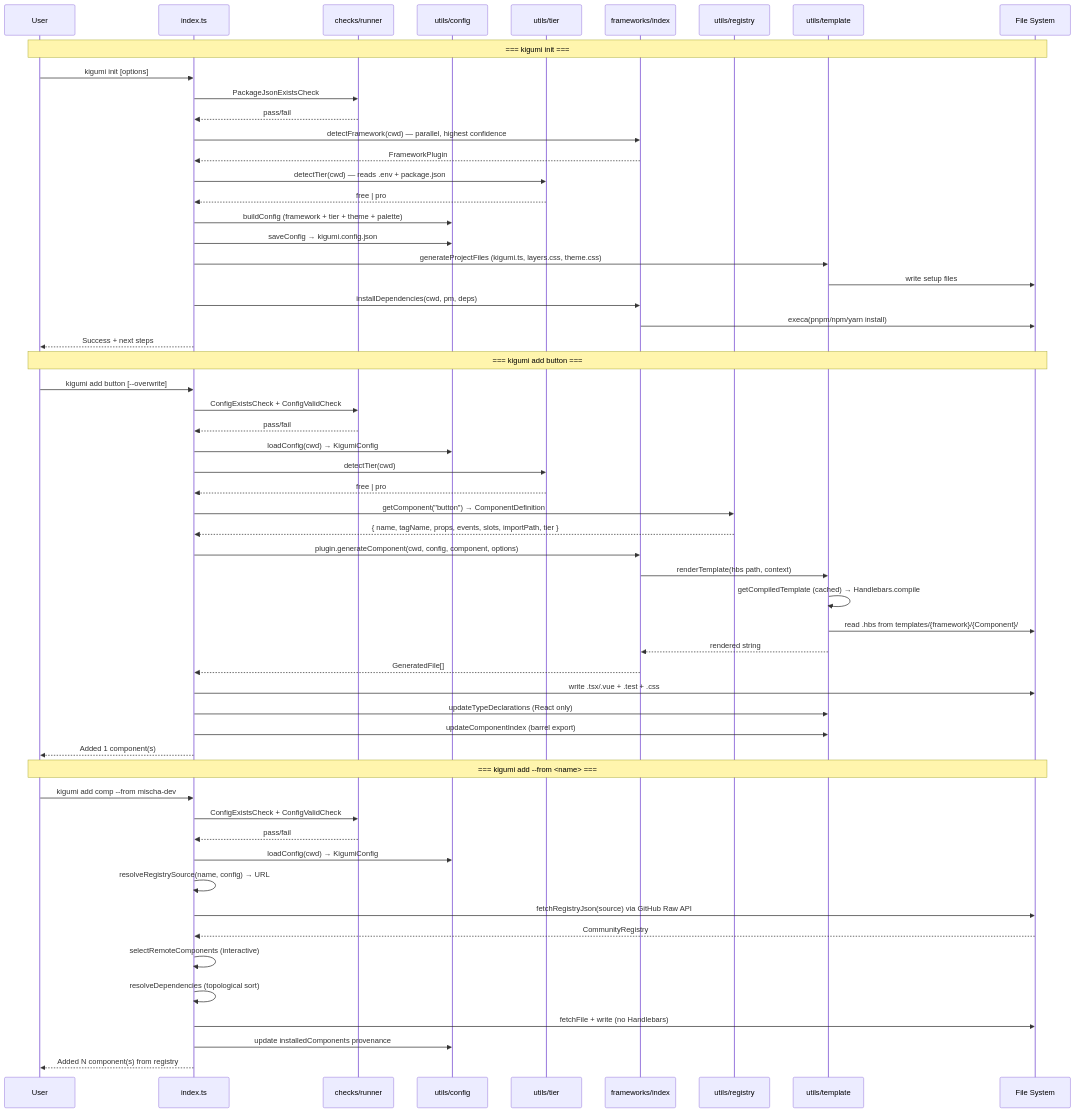
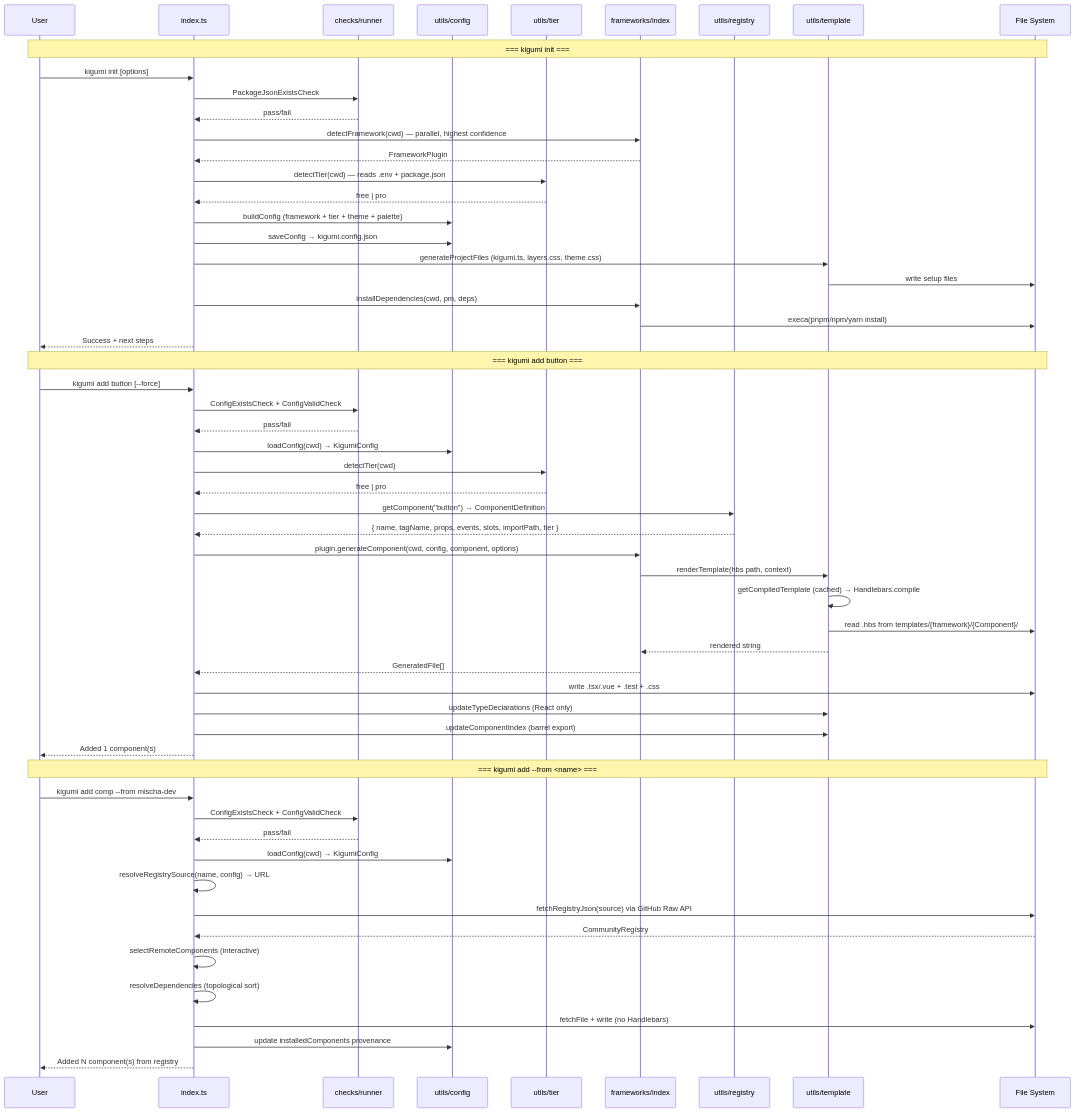
The second of 5 diagrams in AGENTS.md (kigumi-ui/kigumi-cli), drawn with Mermaid before and after one commit. The commit also changed other lines of this file and 22 other files, not shown here.

First line of the commit message:
feat(add): smart-add with diff + prompt, rename --overwrite to --force

````diff
--- a/AGENTS.md
+++ b/AGENTS.md
@@ -427,62 +427,62 @@
 ```mermaid
 sequenceDiagram
     participant User
     participant CLI as index.ts
     participant Checks as checks/runner
     participant Config as utils/config
     participant Tier as utils/tier
     participant FW as frameworks/index
     participant Reg as utils/registry
     participant Tpl as utils/template
     participant FS as File System
 
     Note over User,FS: === kigumi init ===
     User->>CLI: kigumi init [options]
     CLI->>Checks: PackageJsonExistsCheck
     Checks-->>CLI: pass/fail
     CLI->>FW: detectFramework(cwd) — parallel, highest confidence
     FW-->>CLI: FrameworkPlugin
     CLI->>Tier: detectTier(cwd) — reads .env + package.json
     Tier-->>CLI: free | pro
     CLI->>Config: buildConfig (framework + tier + theme + palette)
     CLI->>Config: saveConfig → kigumi.config.json
     CLI->>Tpl: generateProjectFiles (kigumi.ts, layers.css, theme.css)
     Tpl->>FS: write setup files
     CLI->>FW: installDependencies(cwd, pm, deps)
     FW->>FS: execa(pnpm/npm/yarn install)
     CLI-->>User: Success + next steps
 
     Note over User,FS: === kigumi add button ===
-    User->>CLI: kigumi add button [--overwrite]
+    User->>CLI: kigumi add button [--force]
     CLI->>Checks: ConfigExistsCheck + ConfigValidCheck
     Checks-->>CLI: pass/fail
     CLI->>Config: loadConfig(cwd) → KigumiConfig
     CLI->>Tier: detectTier(cwd)
     Tier-->>CLI: free | pro
     CLI->>Reg: getComponent("button") → ComponentDefinition
     Reg-->>CLI: { name, tagName, props, events, slots, importPath, tier }
     CLI->>FW: plugin.generateComponent(cwd, config, component, options)
     FW->>Tpl: renderTemplate(hbs path, context)
     Tpl->>Tpl: getCompiledTemplate (cached) → Handlebars.compile
     Tpl->>FS: read .hbs from templates/{framework}/{Component}/
     Tpl-->>FW: rendered string
     FW-->>CLI: GeneratedFile[]
     CLI->>FS: write .tsx/.vue + .test + .css
     CLI->>Tpl: updateTypeDeclarations (React only)
     CLI->>Tpl: updateComponentIndex (barrel export)
     CLI-->>User: Added 1 component(s)
 
     Note over User,FS: === kigumi add --from <name> ===
     User->>CLI: kigumi add comp --from mischa-dev
     CLI->>Checks: ConfigExistsCheck + ConfigValidCheck
     Checks-->>CLI: pass/fail
     CLI->>Config: loadConfig(cwd) → KigumiConfig
     CLI->>CLI: resolveRegistrySource(name, config) → URL
     CLI->>FS: fetchRegistryJson(source) via GitHub Raw API
     FS-->>CLI: CommunityRegistry
     CLI->>CLI: selectRemoteComponents (interactive)
     CLI->>CLI: resolveDependencies (topological sort)
     CLI->>FS: fetchFile + write (no Handlebars)
     CLI->>Config: update installedComponents provenance
     CLI-->>User: Added N component(s) from registry
 ```
````
